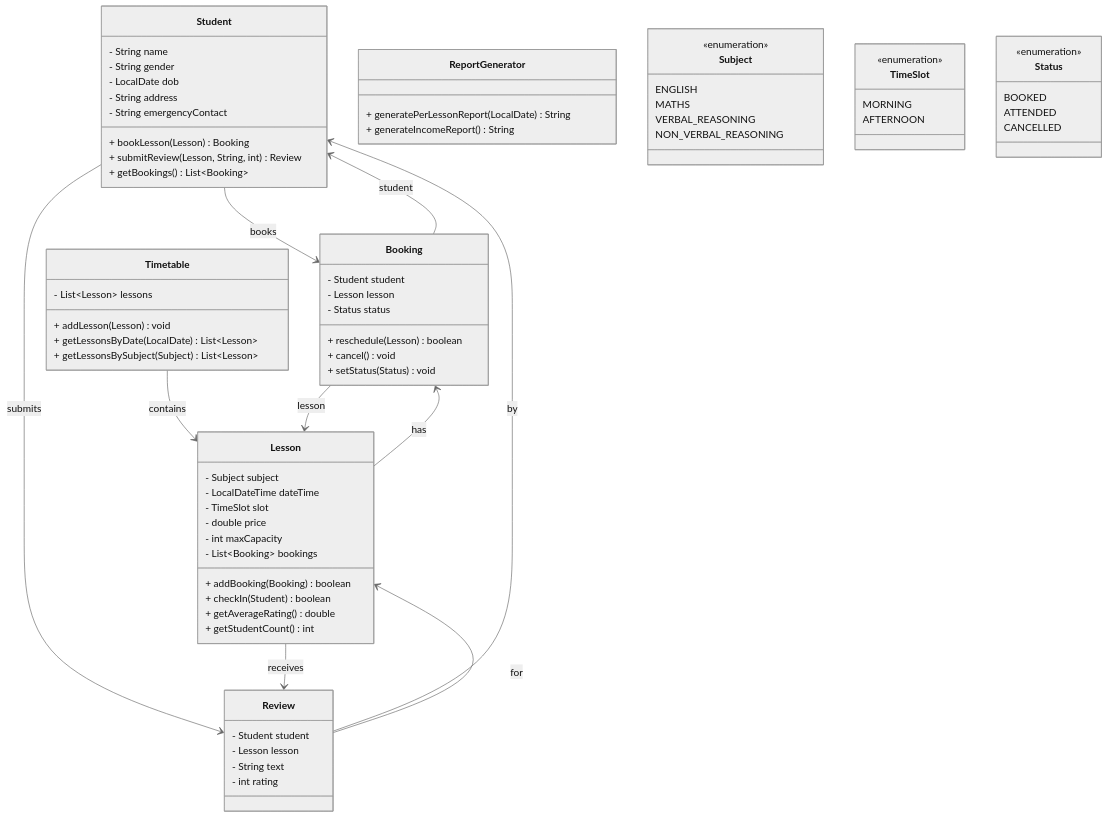
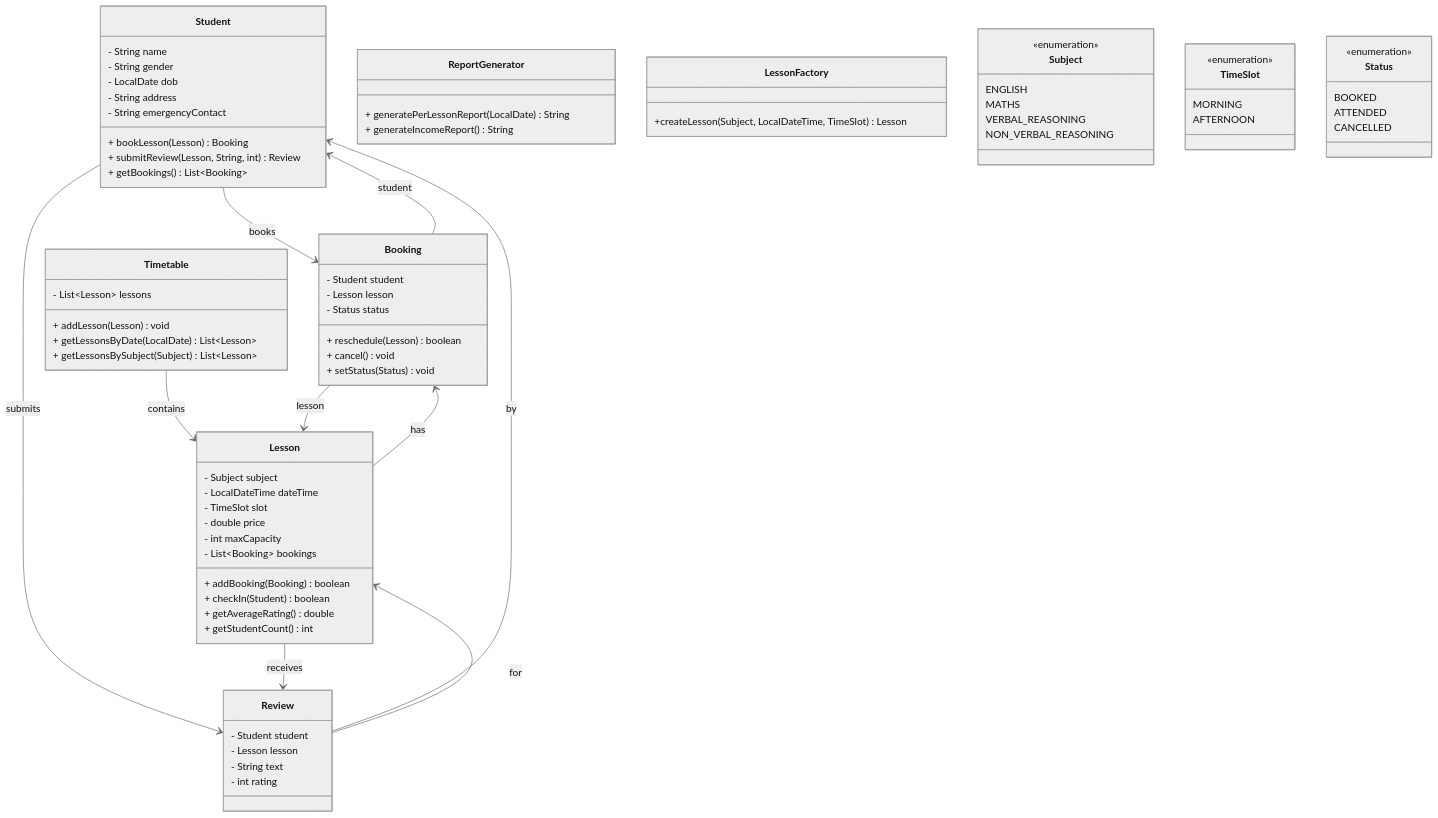
The diagram in docs/uml_diagram.mmd (deepakbhagatiitr/ExamberryTuition), drawn with Mermaid (neutral theme) before and after one commit.

Commit message:
Add LessonFactory to UML diagram

```diff
--- a/docs/uml_diagram.mmd
+++ b/docs/uml_diagram.mmd
@@ -1,83 +1,86 @@
 classDiagram
     class Student {
         - String name
         - String gender
         - LocalDate dob
         - String address
         - String emergencyContact
         + bookLesson(Lesson) Booking
         + submitReview(Lesson, String, int) Review
         + getBookings() List~Booking~
     }
 
     class Lesson {
         - Subject subject
         - LocalDateTime dateTime
         - TimeSlot slot
         - double price
         - int maxCapacity
         - List~Booking~ bookings
         + addBooking(Booking) boolean
         + checkIn(Student) boolean
         + getAverageRating() double
         + getStudentCount() int
     }
 
     class Booking {
         - Student student
         - Lesson lesson
         - Status status
         + reschedule(Lesson) boolean
         + cancel() void
         + setStatus(Status) void
     }
 
     class Review {
         - Student student
         - Lesson lesson
         - String text
         - int rating
     }
 
     class Timetable {
         - List~Lesson~ lessons
         + addLesson(Lesson) void
         + getLessonsByDate(LocalDate) List~Lesson~
         + getLessonsBySubject(Subject) List~Lesson~
     }
 
     class ReportGenerator {
         + generatePerLessonReport(LocalDate) String
         + generateIncomeReport() String
     }
+    class LessonFactory {
+          +createLesson(Subject, LocalDateTime, TimeSlot) Lesson
+      }
 
     class Subject {
         <<enumeration>>
         ENGLISH
         MATHS
         VERBAL_REASONING
         NON_VERBAL_REASONING
     }
 
     class TimeSlot {
         <<enumeration>>
         MORNING
         AFTERNOON
     }
 
     class Status {
         <<enumeration>>
         BOOKED
         ATTENDED
         CANCELLED
     }
 
     Timetable --> Lesson : contains
     Lesson --> Booking : has
     Student --> Booking : books
     Student --> Review : submits
     Lesson --> Review : receives
     Booking --> Student : student
     Booking --> Lesson : lesson
     Review --> Student : by
     Review --> Lesson : for
```
